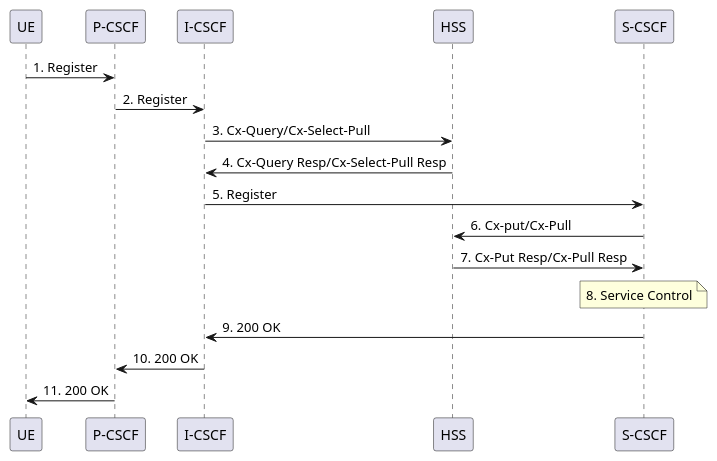
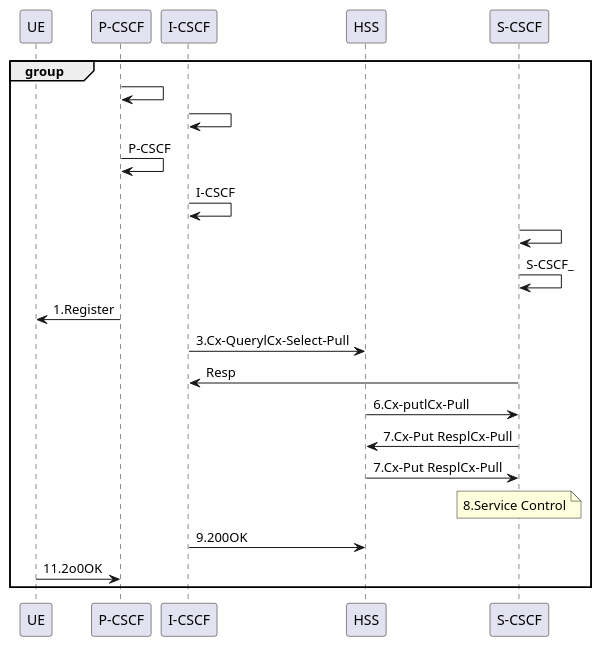
The diagram in output/3gpp23228_fig0501.puml (piyomogi1293/sequence_converter), drawn with PlantUML before and after one commit. The commit also changed 15 other files, not shown here.

```diff
--- a/output/3gpp23228_fig0501.puml
+++ b/output/3gpp23228_fig0501.puml
@@ -1,21 +1,24 @@
-@startuml 3GPP TS23.228 figure 5.1
-
-participant "UE" as U
-participant "P-CSCF" as P
-participant "I-CSCF" as I
-participant "HSS" as H
-participant "S-CSCF" as S
-
-U -> P : 1. Register
-P -> I : 2. Register
-I -> H : 3. Cx-Query/Cx-Select-Pull
-H -> I : 4. Cx-Query Resp/Cx-Select-Pull Resp
-I -> S : 5. Register
-S -> H : 6. Cx-put/Cx-Pull
-H -> S : 7. Cx-Put Resp/Cx-Pull Resp
-note over S : 8. Service Control
-S -> I : 9. 200 OK
-I -> P : 10. 200 OK
-P -> U : 11. 200 OK
-
+@startuml
+participant "UE"
+participant "P-CSCF"
+participant "I-CSCF"
+participant "HSS"
+participant "S-CSCF"
+group
+"P-CSCF" -> "P-CSCF" : 
+"I-CSCF" -> "I-CSCF" : 
+"P-CSCF" -> "P-CSCF" : P-CSCF
+"I-CSCF" -> "I-CSCF" : I-CSCF
+"S-CSCF" -> "S-CSCF" : 
+"S-CSCF" -> "S-CSCF" : S-CSCF_
+"UE" <- "P-CSCF" : 1.Register
+"I-CSCF" -> "HSS" : 3.Cx-QuerylCx-Select-Pull
+"I-CSCF" <- "S-CSCF" : Resp
+"HSS" -> "S-CSCF" : 6.Cx-putlCx-Pull
+"HSS" <- "S-CSCF" : 7.Cx-Put ResplCx-Pull
+"HSS" -> "S-CSCF" : 7.Cx-Put ResplCx-Pull
+note over "S-CSCF" : 8.Service Control
+"I-CSCF" -> "HSS" : 9.200OK
+"UE" -> "P-CSCF" : 11.2o0OK
+end
 @enduml
```
